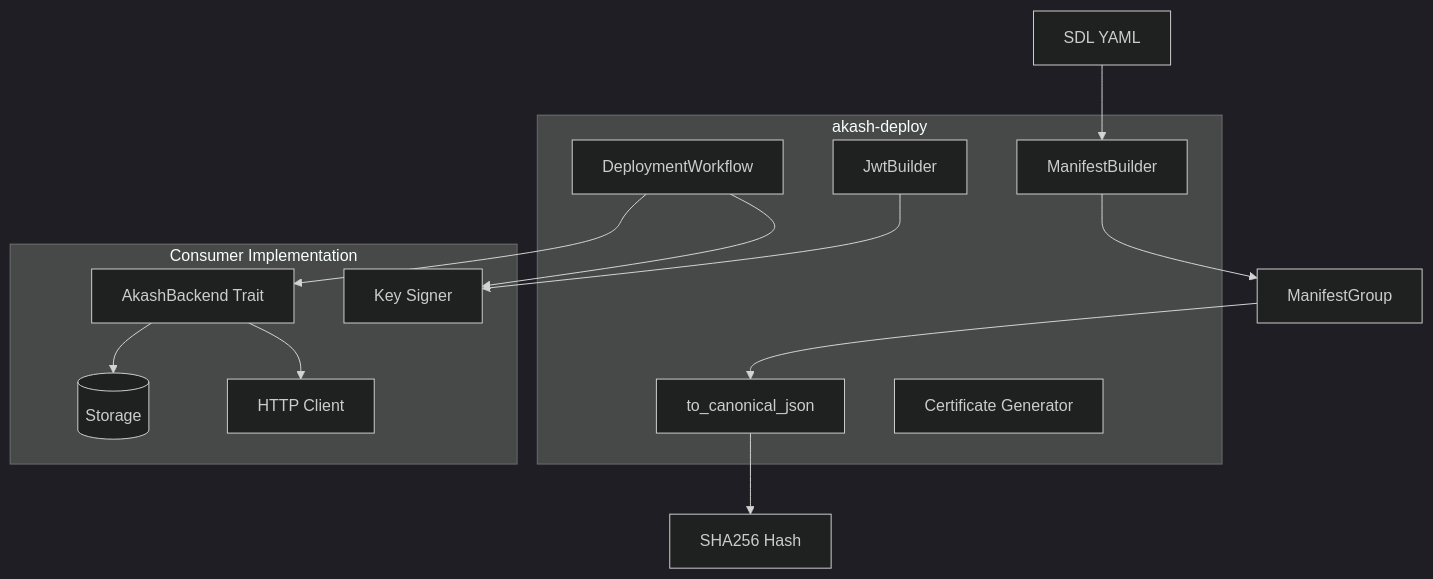
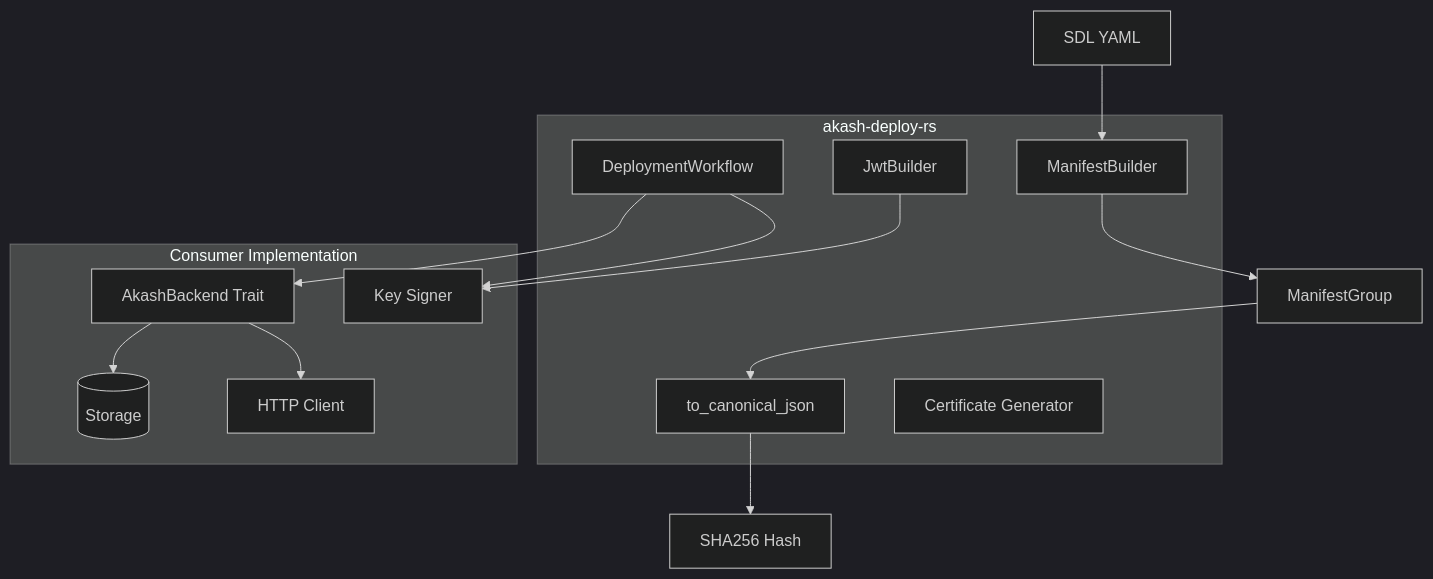
One commit to permissionlessweb/akash-deploy-rs changed the first of 2 diagrams in README.md. Above: the diagram before and after it, drawn with Mermaid (dark theme). The commit also changed other lines of this file and 7 other files, not shown here.

````diff
--- a/README.md
+++ b/README.md
@@ -72,28 +72,28 @@
 ```mermaid
 flowchart TB
     SDL[SDL YAML] --> MB[ManifestBuilder]
     MB --> MG[ManifestGroup]
     MG --> CJ[to_canonical_json]
     CJ --> Hash[SHA256 Hash]
 
-    subgraph akash-deploy
+    subgraph akash-deploy-rs
         MB
         CJ
         JB[JwtBuilder]
         CG[Certificate Generator]
         WF[DeploymentWorkflow]
     end
 
     subgraph Consumer Implementation
         Backend[AkashBackend Trait]
         Storage[(Storage)]
         HTTP[HTTP Client]
         Signer[Key Signer]
     end
 
     WF --> Backend
     Backend --> Storage
     Backend --> HTTP
     WF --> Signer
     JB --> Signer
 ```
````
